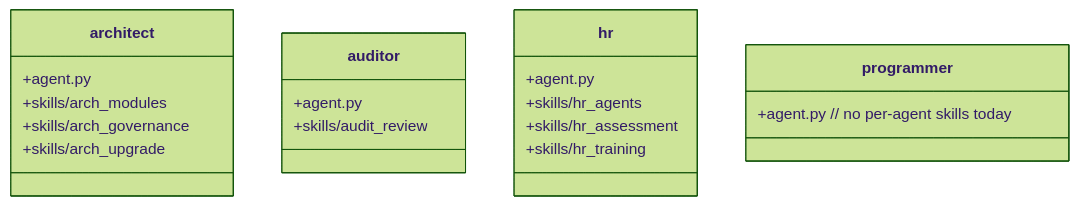
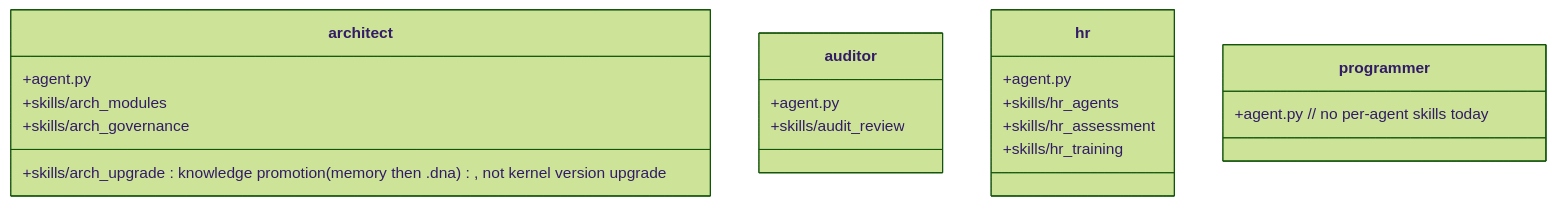
One commit to nan023062/agent-team-cc changed the diagram in v1/src/kernel/cbi/agents/.dna/module.md. Above: the diagram before and after it, drawn with Mermaid (forest theme).

Commit message:
docs(dna): disambiguate arch_upgrade in cbi/agents diagram
The architect's arch_upgrade skill is knowledge promotion (memory → .dna),
unrelated to the deleted kernel-version-upgrade flow. Pure name collision
surfaced in Round 3b. Other 3 callers (agent.py, project/agents/architect.md,
.claude/agents/architect/architect.md) already self-describe accurately;
this fixes the bare diagram entry.

Form: Mermaid `member : description` annotation (the `#`-comment form does
not parse inside classDiagram bodies).

````diff
--- a/v1/src/kernel/cbi/agents/.dna/module.md
+++ b/v1/src/kernel/cbi/agents/.dna/module.md
@@ -15,22 +15,22 @@
 ```mermaid
 classDiagram
     class architect {
         +agent.py
         +skills/arch_modules
         +skills/arch_governance
-        +skills/arch_upgrade
+        +skills/arch_upgrade : knowledge promotion (memory then .dna), not kernel version upgrade
     }
     class auditor {
         +agent.py
         +skills/audit_review
     }
     class hr {
         +agent.py
         +skills/hr_agents
         +skills/hr_assessment
         +skills/hr_training
     }
     class programmer {
         +agent.py  // no per-agent skills today
     }
 ```
````
